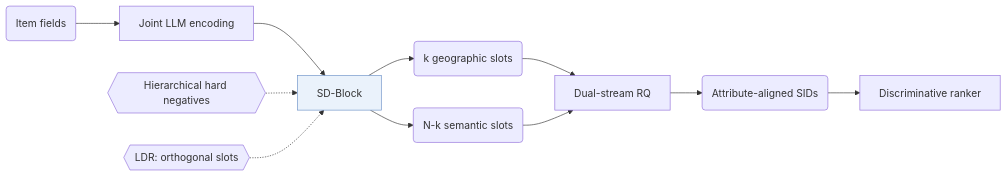
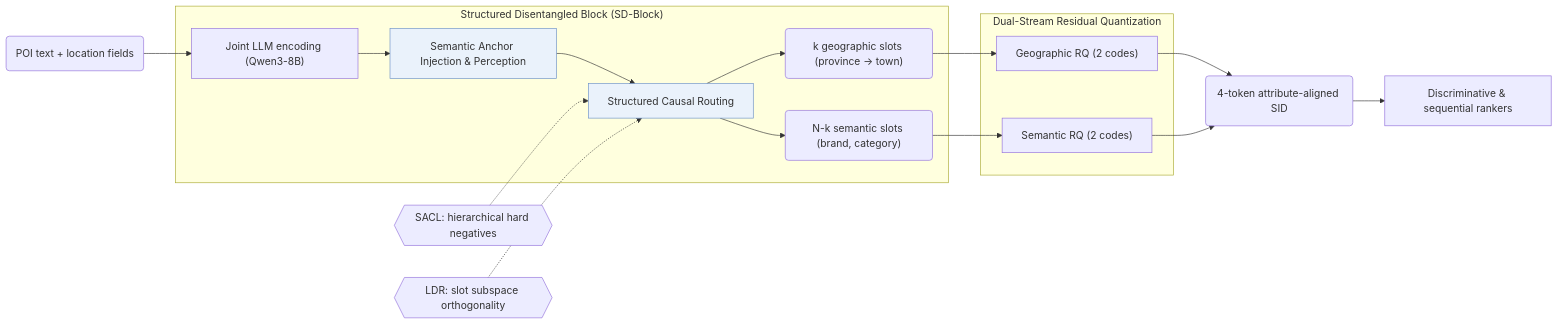
Before and after one commit to Galaxy-ghost/Awesome-SID-Generative-Rec: the diagram in notes/lgrid.md, drawn with Mermaid. The commit also changed other lines of this file and 649 other files, not shown here.

Commit message:
writer-05: also tags and modality index (schema, check, build, visuals); summary field removed; calibration data for 12 papers

````diff
--- a/notes/lgrid.md
+++ b/notes/lgrid.md
@@ -12,14 +12,20 @@
 ```mermaid
 flowchart LR
-    A("Item fields") --> B["Joint LLM encoding"]
-    B --> C["SD-Block"]:::key
-    C --> D("k geographic slots")
-    C --> E("N-k semantic slots")
-    L1{{"Hierarchical hard negatives"}} -.-> C
-    L2{{"LDR: orthogonal slots"}} -.-> C
-    D --> F["Dual-stream RQ"]
-    E --> F
-    F --> G("Attribute-aligned SIDs")
-    G --> H["Discriminative ranker"]
+    A("POI text + location fields") --> B["Joint LLM encoding (Qwen3-8B)"]
+    subgraph SDB["Structured Disentangled Block (SD-Block)"]
+        B --> C1["Semantic Anchor Injection & Perception"]:::key
+        C1 --> C2["Structured Causal Routing"]:::key
+        C2 --> D("k geographic slots (province → town)")
+        C2 --> E("N-k semantic slots (brand, category)")
+    end
+    L1{{"SACL: hierarchical hard negatives"}} -.-> C2
+    L2{{"LDR: slot subspace orthogonality"}} -.-> C2
+    subgraph DSRQ["Dual-Stream Residual Quantization"]
+        D --> F1["Geographic RQ (2 codes)"]
+        E --> F2["Semantic RQ (2 codes)"]
+    end
+    F1 --> G("4-token attribute-aligned SID")
+    F2 --> G
+    G --> H["Discriminative & sequential rankers"]
     classDef key fill:#eaf2fb,stroke:#6b8fc7
 ```
````
